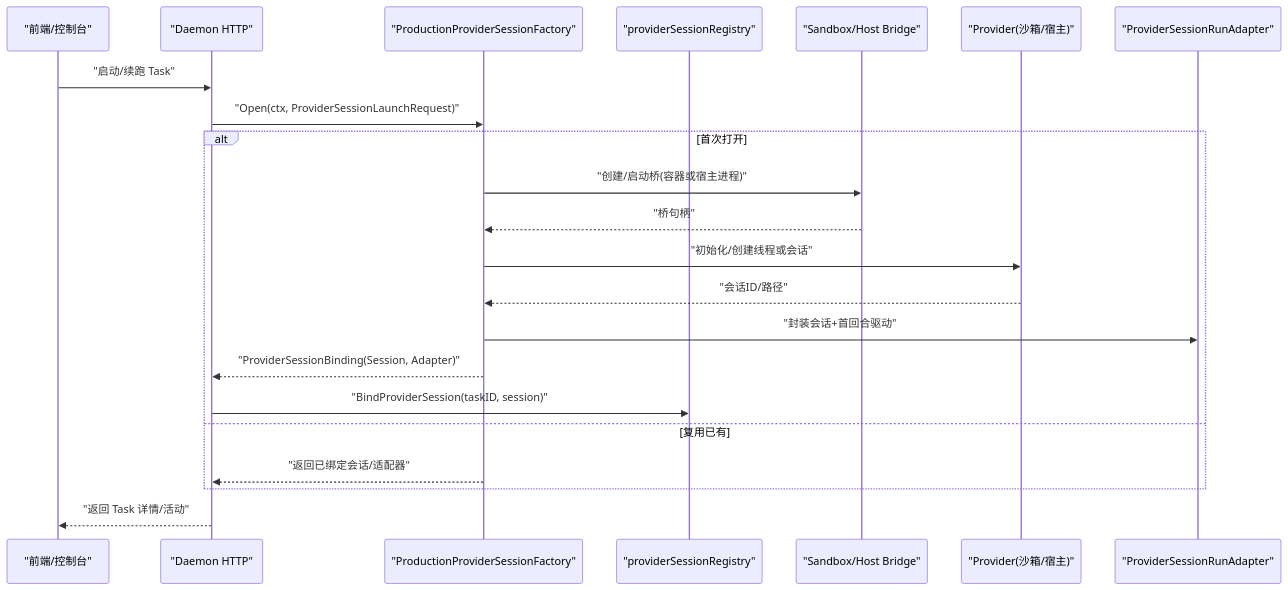
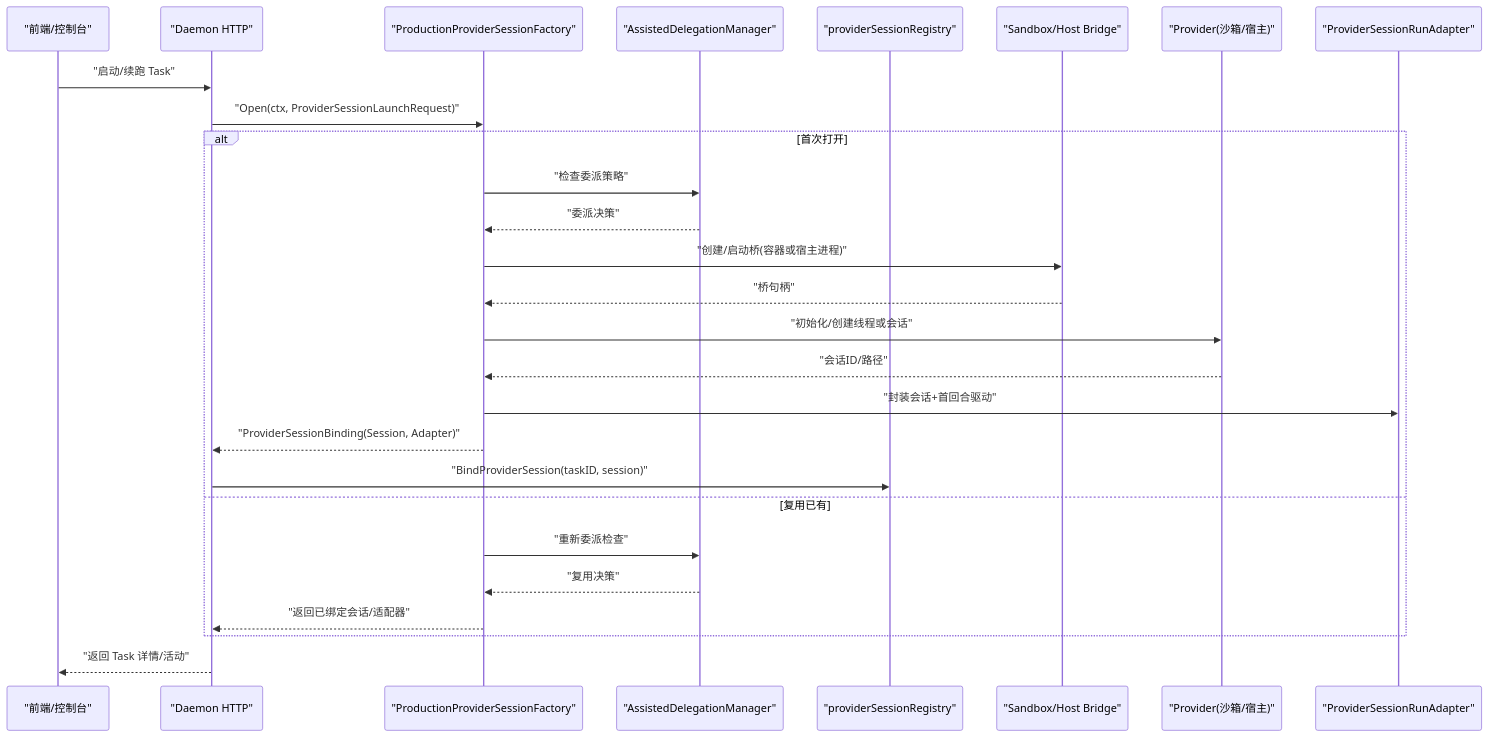
Before and after one commit to n1majne3/CyberPenda: the second of 6 diagrams in .qoder/repowiki/zh/content/守护进程服务/Task 生命周期管理/Provider 会话工厂模式.md, drawn with Mermaid. The commit also changed other lines of this file and 6 other files, not shown here.

````diff
--- a/.qoder/repowiki/zh/content/守护进程服务/Task 生命周期管理/Provider 会话工厂模式.md
+++ b/.qoder/repowiki/zh/content/守护进程服务/Task 生命周期管理/Provider 会话工厂模式.md
@@ -112,24 +128,29 @@
 ```mermaid
 sequenceDiagram
 participant UI as "前端/控制台"
 participant API as "Daemon HTTP"
 participant Factory as "ProductionProviderSessionFactory"
+participant Delegate as "AssistedDelegationManager"
 participant Reg as "providerSessionRegistry"
 participant Bridge as "Sandbox/Host Bridge"
 participant Prov as "Provider(沙箱/宿主)"
 participant RunAd as "ProviderSessionRunAdapter"
 UI->>API : "启动/续跑 Task"
 API->>Factory : "Open(ctx, ProviderSessionLaunchRequest)"
 alt 首次打开
+Factory->>Delegate : "检查委派策略"
+Delegate-->>Factory : "委派决策"
 Factory->>Bridge : "创建/启动桥(容器或宿主进程)"
 Bridge-->>Factory : "桥句柄"
 Factory->>Prov : "初始化/创建线程或会话"
 Prov-->>Factory : "会话ID/路径"
 Factory->>RunAd : "封装会话+首回合驱动"
 Factory-->>API : "ProviderSessionBinding(Session, Adapter)"
 API->>Reg : "BindProviderSession(taskID, session)"
 else 复用已有
+Factory->>Delegate : "重新委派检查"
+Delegate-->>Factory : "复用决策"
 Factory-->>API : "返回已绑定会话/适配器"
 end
 API-->>UI : "返回 Task 详情/活动"
 ```
````
